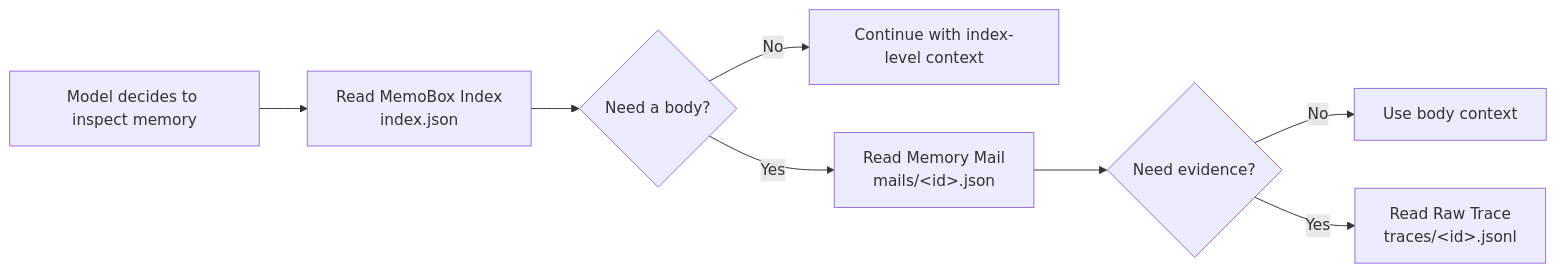
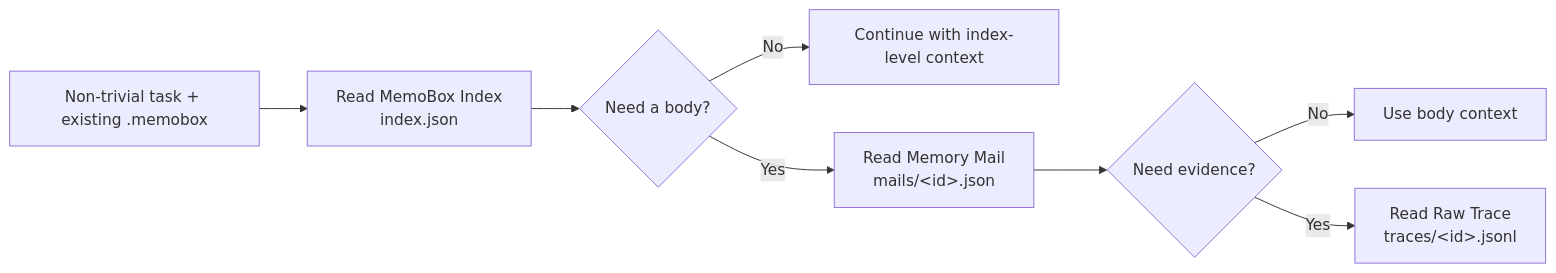
The diagram in README-EN.md (study8677/memobox), drawn with Mermaid before and after one commit. The commit also changed other lines of this file and 32 other files, not shown here.

First line of the commit message:
Ship trusted MemoBox file protocol (#1)

````diff
--- a/README-EN.md
+++ b/README-EN.md
@@ -118,10 +119,10 @@
 ```mermaid
 flowchart LR
-    A["Model decides to inspect memory"] --> B["Read MemoBox Index<br/>index.json"]
+    A["Non-trivial task + existing .memobox"] --> B["Read MemoBox Index<br/>index.json"]
     B --> C{"Need a body?"}
     C -- "No" --> D["Continue with index-level context"]
     C -- "Yes" --> E["Read Memory Mail<br/>mails/&lt;id&gt;.json"]
     E --> F{"Need evidence?"}
     F -- "No" --> G["Use body context"]
     F -- "Yes" --> H["Read Raw Trace<br/>traces/&lt;id&gt;.jsonl"]
 ```
````
